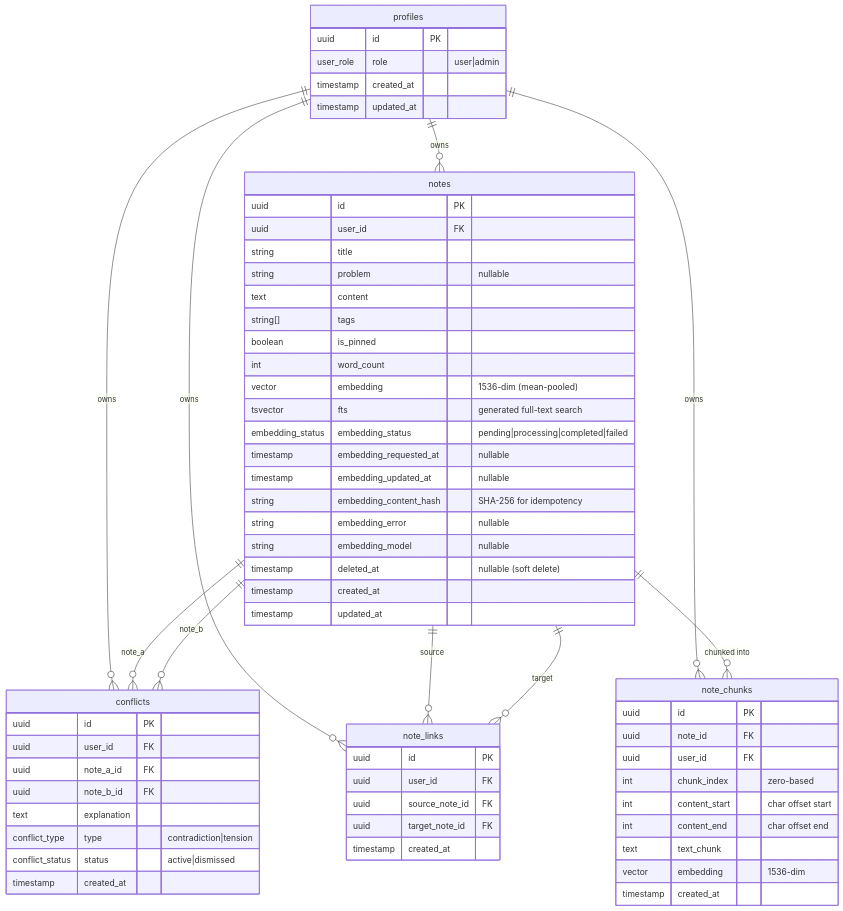
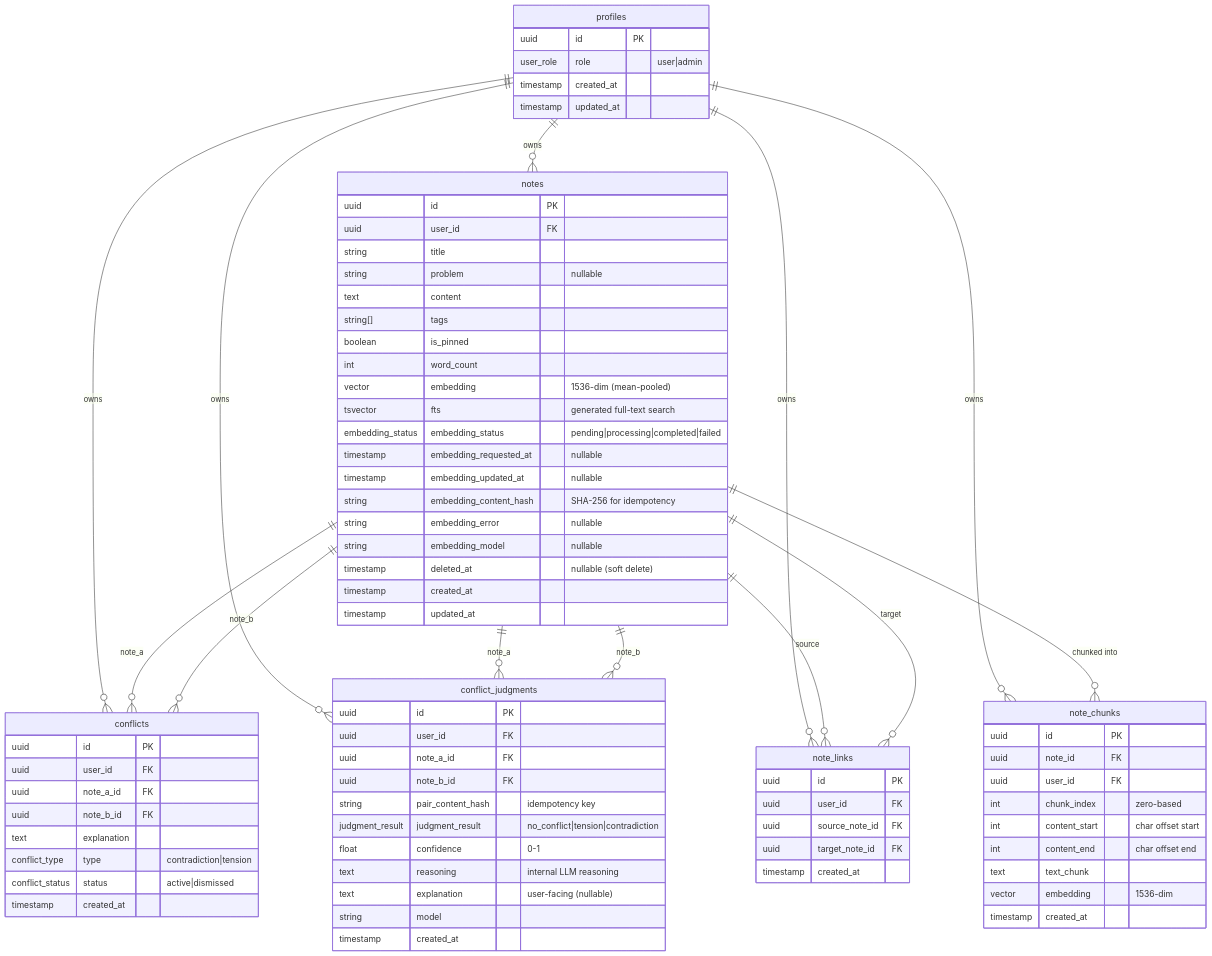
The first of 6 diagrams in DATA-MODEL.md (ForwardInfinity/pkm-ai-integration), drawn with Mermaid before and after one commit. The commit also changed other lines of this file, not shown here.

Commit message:
docs: add conflict_judgments table to DATA-MODEL.md
- Add conflict_judgments entity to ER diagram with relationships
- Add judgment_result enum (no_conflict, tension, contradiction)
- Document idempotency constraints (pair_content_hash unique per pair)

🤖 Generated with [Claude Code](https://claude.com/claude-code)

```diff
--- a/DATA-MODEL.md
+++ b/DATA-MODEL.md
@@ -12,10 +12,13 @@
 erDiagram
     profiles ||--o{ notes : "owns"
     profiles ||--o{ conflicts : "owns"
+    profiles ||--o{ conflict_judgments : "owns"
     profiles ||--o{ note_links : "owns"
     profiles ||--o{ note_chunks : "owns"
     notes ||--o{ conflicts : "note_a"
     notes ||--o{ conflicts : "note_b"
+    notes ||--o{ conflict_judgments : "note_a"
+    notes ||--o{ conflict_judgments : "note_b"
     notes ||--o{ note_links : "source"
     notes ||--o{ note_links : "target"
     notes ||--o{ note_chunks : "chunked into"
@@ -72,6 +75,20 @@
         timestamp created_at
     }
 
+    conflict_judgments {
+        uuid id PK
+        uuid user_id FK
+        uuid note_a_id FK
+        uuid note_b_id FK
+        string pair_content_hash "idempotency key"
+        judgment_result judgment_result "no_conflict|tension|contradiction"
+        float confidence "0-1"
+        text reasoning "internal LLM reasoning"
+        text explanation "user-facing (nullable)"
+        string model
+        timestamp created_at
+    }
+
     note_links {
         uuid id PK
         uuid user_id FK
```
